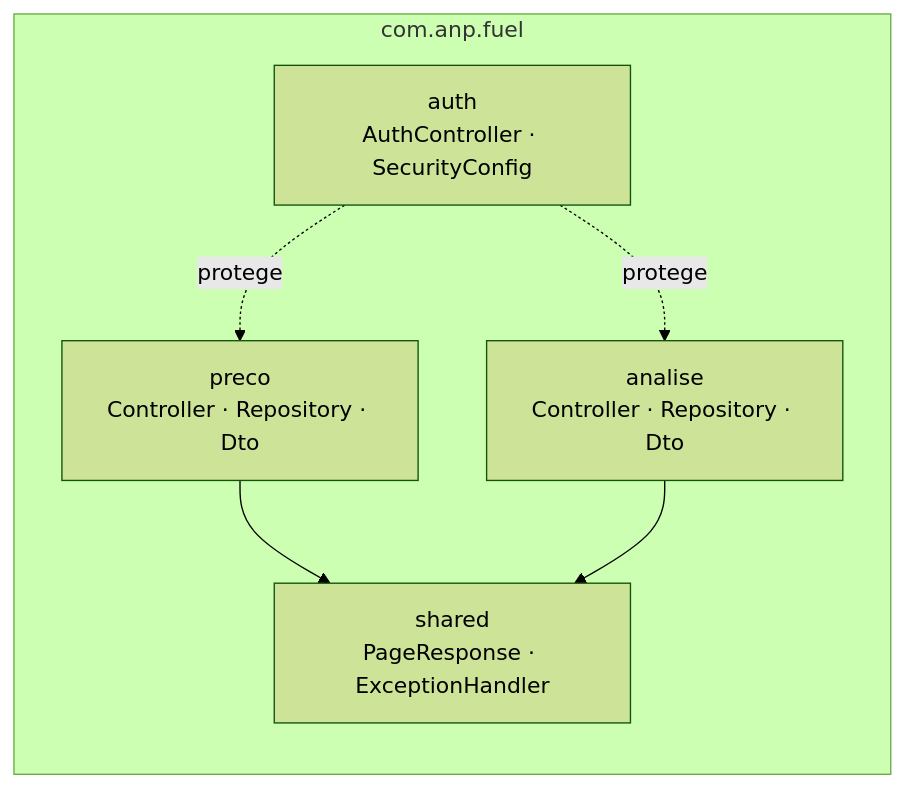
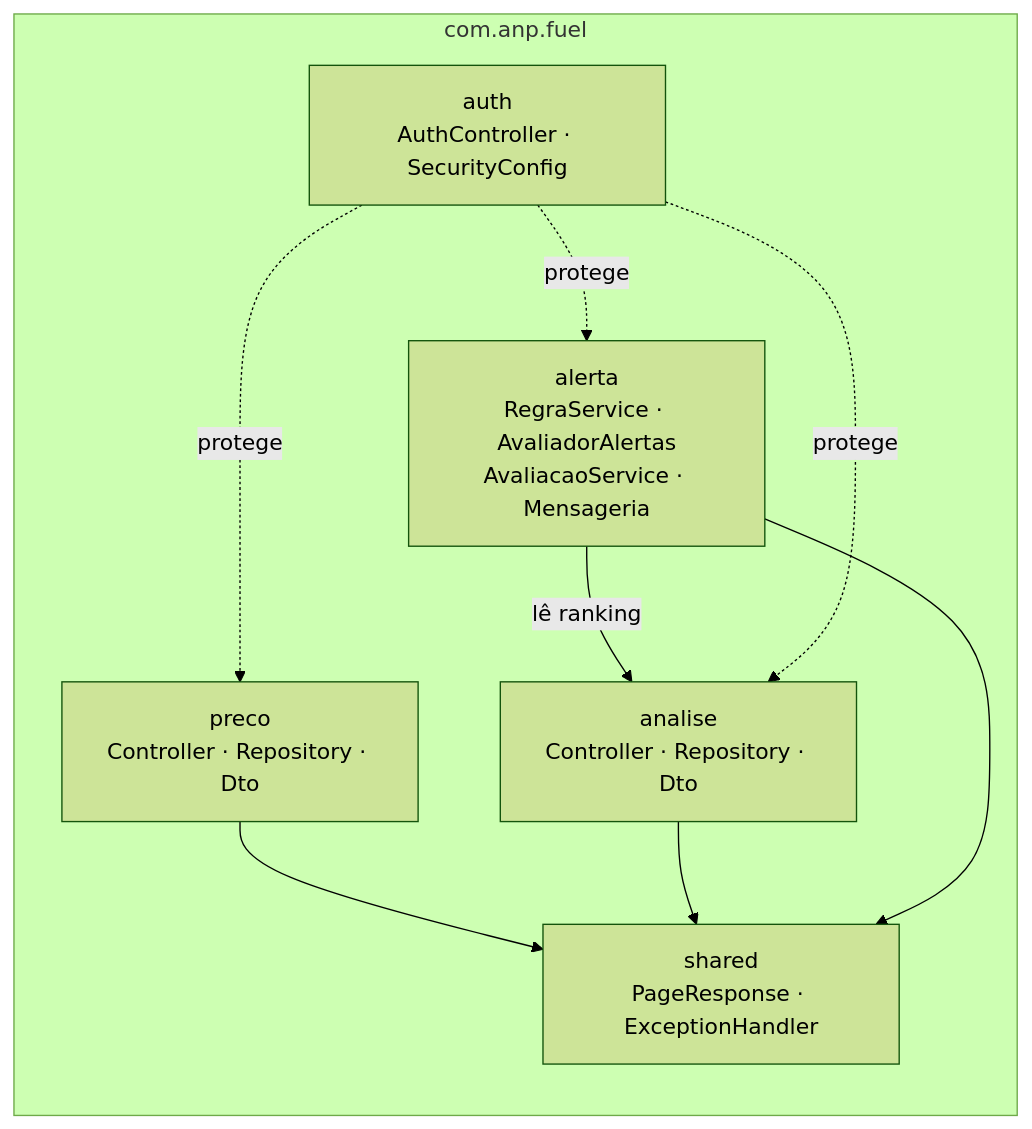
The eighth of 11 diagrams in docs/ARQUITETURA.md (AllanCristiano/dadosabertosprojeto), drawn with Mermaid (forest theme) before and after one commit. The commit also changed other lines of this file and 52 other files, not shown here.

````diff
--- a/docs/ARQUITETURA.md
+++ b/docs/ARQUITETURA.md
@@ -229,12 +235,15 @@
 ```mermaid
 flowchart LR
   subgraph api[com.anp.fuel]
     auth[auth<br/>AuthController · SecurityConfig]
     preco[preco<br/>Controller · Repository · Dto]
     analise[analise<br/>Controller · Repository · Dto]
+    alerta[alerta<br/>RegraService · AvaliadorAlertas<br/>AvaliacaoService · Mensageria]
     shared[shared<br/>PageResponse · ExceptionHandler]
   end
   preco --> shared
   analise --> shared
-  auth -. protege .-> preco & analise
+  alerta --> shared
+  alerta -->|lê ranking| analise
+  auth -. protege .-> preco & analise & alerta
 ```
````
